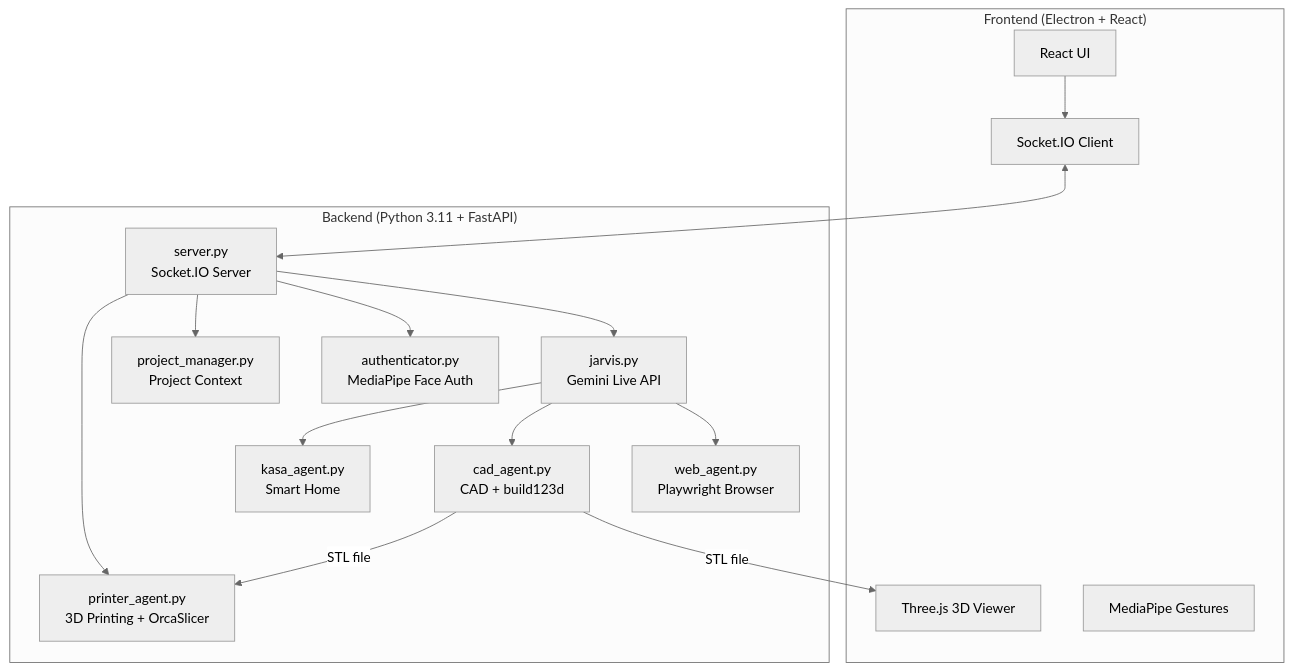
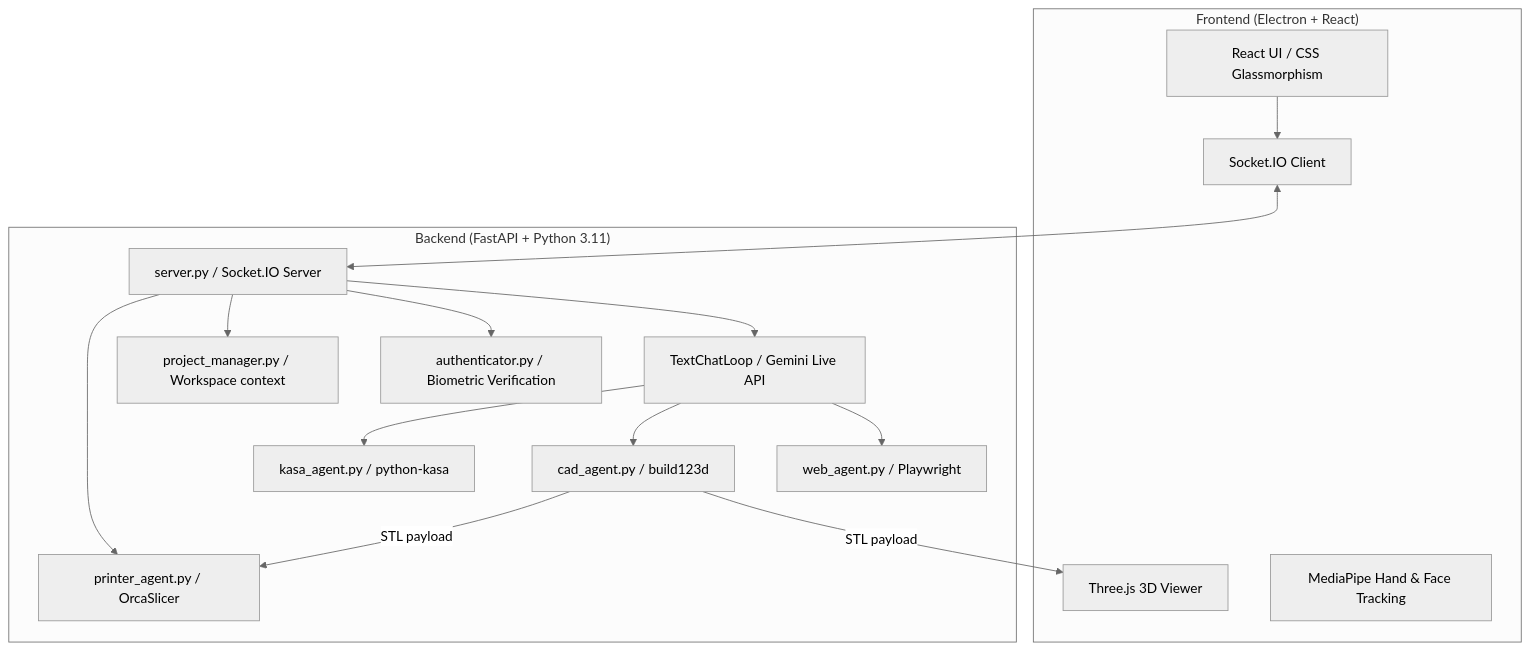
The diagram in README.md (Satwik-Singh6002/Smarty), drawn with Mermaid (neutral theme) before and after one commit. The commit also changed other lines of this file and 48 other files, not shown here.

Commit message:
feat: enhance biometric enrollment, CAD generation, multilingual speech, and low-latency TTS

````diff
--- a/README.md
+++ b/README.md
@@ -44,32 +44,32 @@
 ```mermaid
 graph TB
     subgraph Frontend ["Frontend (Electron + React)"]
-        UI[React UI]
+        UI[React UI / CSS Glassmorphism]
         THREE[Three.js 3D Viewer]
-        GESTURE[MediaPipe Gestures]
+        GESTURE[MediaPipe Hand & Face Tracking]
         SOCKET_C[Socket.IO Client]
     end
     
-    subgraph Backend ["Backend (Python 3.11 + FastAPI)"]
-        SERVER[server.py<br/>Socket.IO Server]
-        JARVIS[jarvis.py<br/>Gemini Live API]
-        WEB[web_agent.py<br/>Playwright Browser]
-        CAD[cad_agent.py<br/>CAD + build123d]
-        PRINTER[printer_agent.py<br/>3D Printing + OrcaSlicer]
-        KASA[kasa_agent.py<br/>Smart Home]
-        AUTH[authenticator.py<br/>MediaPipe Face Auth]
-        PM[project_manager.py<br/>Project Context]
+    subgraph Backend ["Backend (FastAPI + Python 3.11)"]
+        SERVER[server.py / Socket.IO Server]
+        SMARTY[TextChatLoop / Gemini Live API]
+        WEB[web_agent.py / Playwright]
+        CAD[cad_agent.py / build123d]
+        PRINTER[printer_agent.py / OrcaSlicer]
+        KASA[kasa_agent.py / python-kasa]
+        AUTH[authenticator.py / Biometric Verification]
+        PM[project_manager.py / Workspace context]
     end
     
     UI --> SOCKET_C
     SOCKET_C <--> SERVER
-    SERVER --> JARVIS
-    JARVIS --> WEB
-    JARVIS --> CAD
-    JARVIS --> KASA
+    SERVER --> SMARTY
+    SMARTY --> WEB
+    SMARTY --> CAD
+    SMARTY --> KASA
     SERVER --> AUTH
     SERVER --> PM
     SERVER --> PRINTER
-    CAD -->|STL file| THREE
-    CAD -->|STL file| PRINTER
+    CAD -->|STL payload| THREE
+    CAD -->|STL payload| PRINTER
 ```
````
